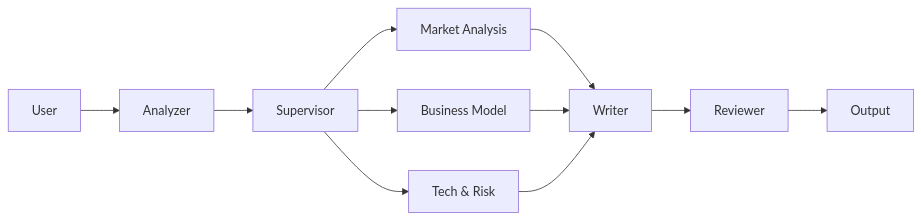
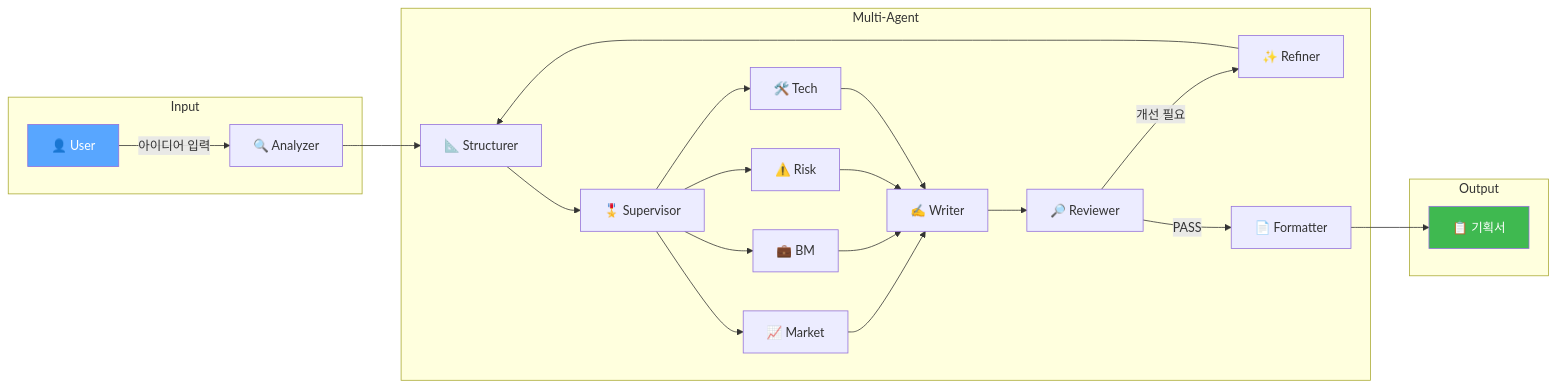
Before and after one commit to skyasu2/multi-agent-python: the first of 2 diagrams in README.md, drawn with Mermaid. The commit also changed other lines of this file and 2 other files, not shown here.

Commit message:
docs: remove duplicate files (WORKFLOW_GUIDE, SUPERVISOR_SPECIALIST_ARCHITECTURE)

````diff
--- a/README.md
+++ b/README.md
@@ -18,11 +32,27 @@
 ```mermaid
 graph LR
-    User --> Analyzer
-    Analyzer --> Supervisor
-    Supervisor --> Market[Market Analysis]
-    Supervisor --> BM[Business Model]
-    Supervisor --> Tech[Tech & Risk]
-    Market & BM & Tech --> Writer
-    Writer --> Reviewer
-    Reviewer --> Output
+    subgraph Input
+        A[👤 User] -->|"아이디어 입력"| B[🔍 Analyzer]
+    end
+    
+    subgraph Multi-Agent
+        B --> C[📐 Structurer]
+        C --> D[🎖️ Supervisor]
+        D --> E[📈 Market]
+        D --> F[💼 BM]
+        D --> G[⚠️ Risk]
+        D --> H[🛠️ Tech]
+        E & F & G & H --> I[✍️ Writer]
+        I --> J[🔎 Reviewer]
+        J -->|"개선 필요"| K[✨ Refiner]
+        K --> C
+        J -->|"PASS"| L[📄 Formatter]
+    end
+    
+    subgraph Output
+        L --> M[📋 기획서]
+    end
+    
+    style A fill:#58a6ff,color:#fff
+    style M fill:#3fb950,color:#fff
 ```
````
